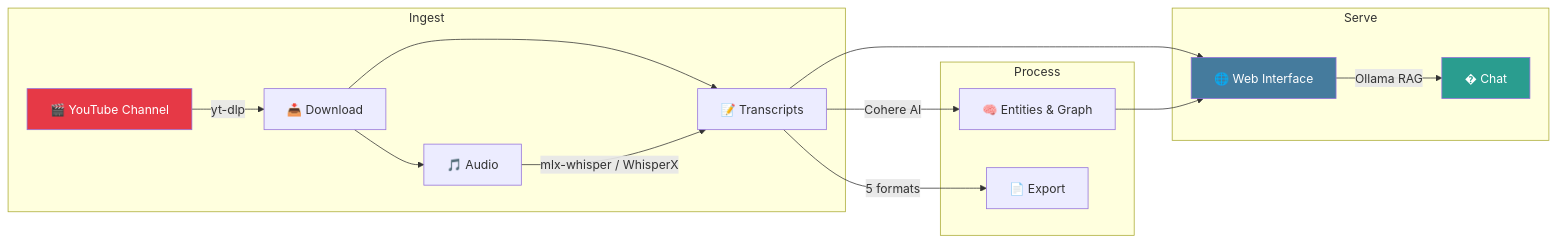
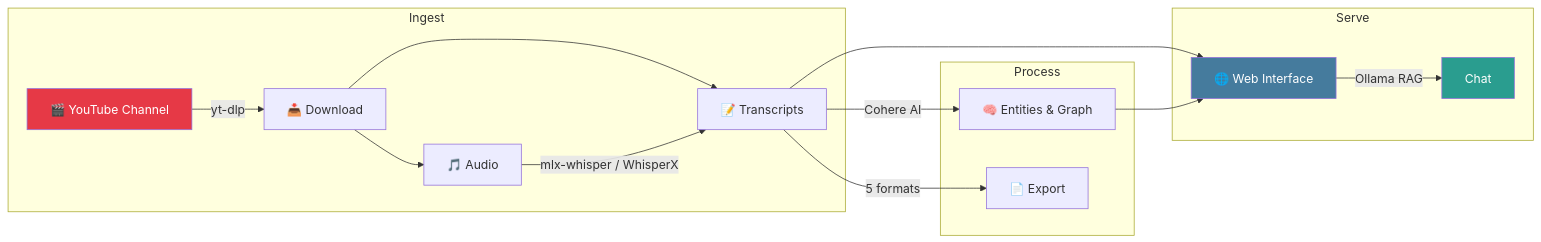
The first of 2 diagrams in README.md (ActiveInferenceInstitute/Journal-Utilities), drawn with Mermaid before and after one commit. The commit also changed other lines of this file and 16 other files, not shown here.

````diff
--- a/README.md
+++ b/README.md
@@ -22,24 +22,24 @@
 ```mermaid
 graph LR
     subgraph Ingest
         A[🎬 YouTube Channel] -->|yt-dlp| B[📥 Download]
         B --> C[📝 Transcripts]
         B --> D[🎵 Audio]
     end
 
     subgraph Process
         D -->|mlx-whisper / WhisperX| C
         C -->|Cohere AI| E[🧠 Entities & Graph]
         C -->|5 formats| F[📄 Export]
     end
 
     subgraph Serve
         C --> G[🌐 Web Interface]
         E --> G
-        G -->|Ollama RAG| H[� Chat]
+        G -->|Ollama RAG| H[Chat]
     end
 
     style A fill:#e63946,color:#fff
     style G fill:#457b9d,color:#fff
     style H fill:#2a9d8f,color:#fff
 ```
````
